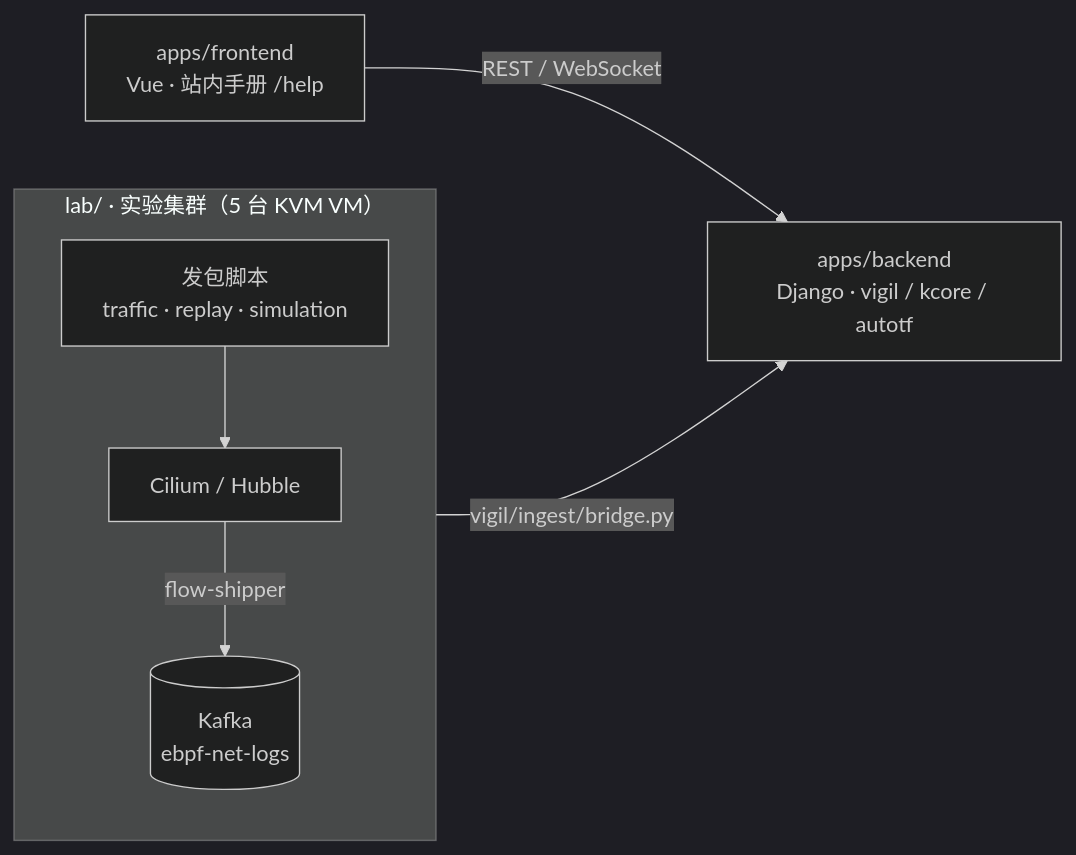
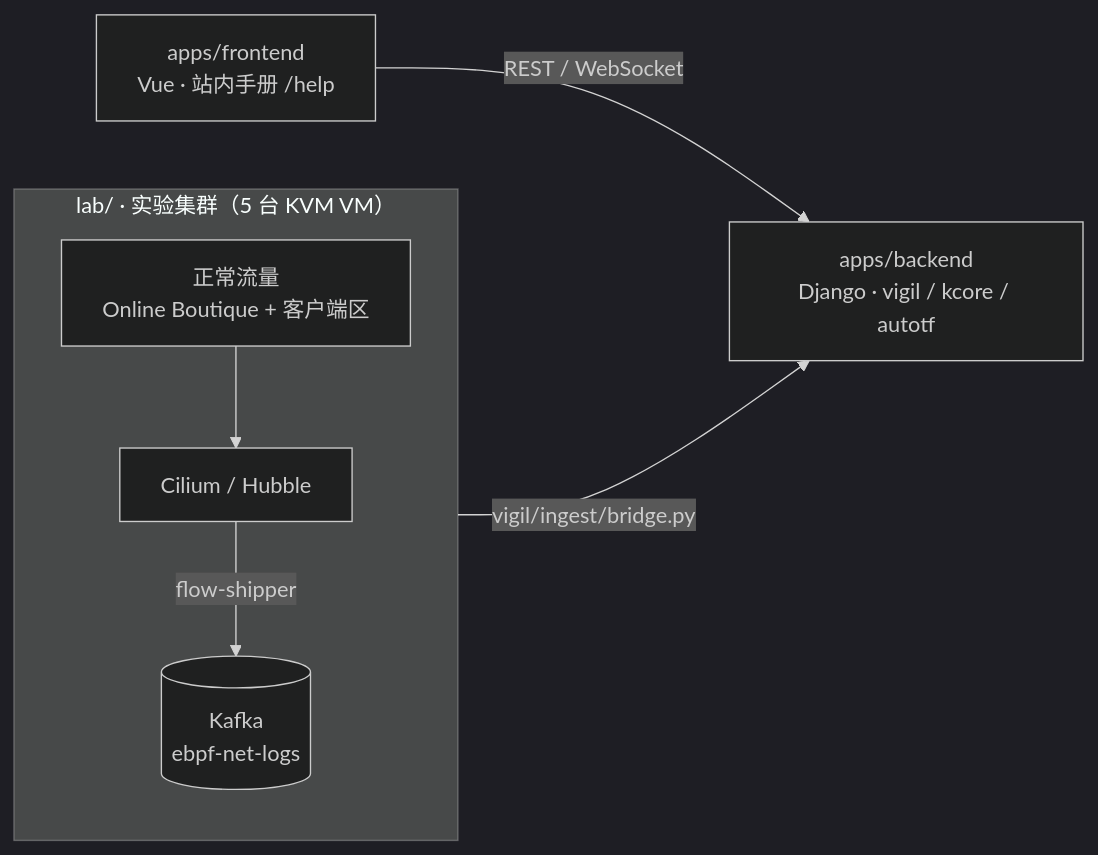
Before and after one commit to knet-lab/knettf: the first of 2 diagrams in README.md, drawn with Mermaid (dark theme). The commit also changed 42 other files, not shown here.

````diff
--- a/README.md
+++ b/README.md
@@ -9,14 +9,14 @@
 ```mermaid
 flowchart LR
     subgraph LAB["lab/ · 实验集群（5 台 KVM VM）"]
         direction TB
-        TR["发包脚本<br/>traffic · replay · simulation"]
+        TR["正常流量<br/>Online Boutique + 客户端区"]
         CIL["Cilium / Hubble"]
         KAF[("Kafka<br/>ebpf-net-logs")]
         TR --> CIL -- "flow-shipper" --> KAF
     end
     BE["apps/backend<br/>Django · vigil / kcore / autotf"]
     FE["apps/frontend<br/>Vue · 站内手册 /help"]
     KAF -- "vigil/ingest/bridge.py" --> BE
     FE -- "REST / WebSocket" --> BE
 ```
````
